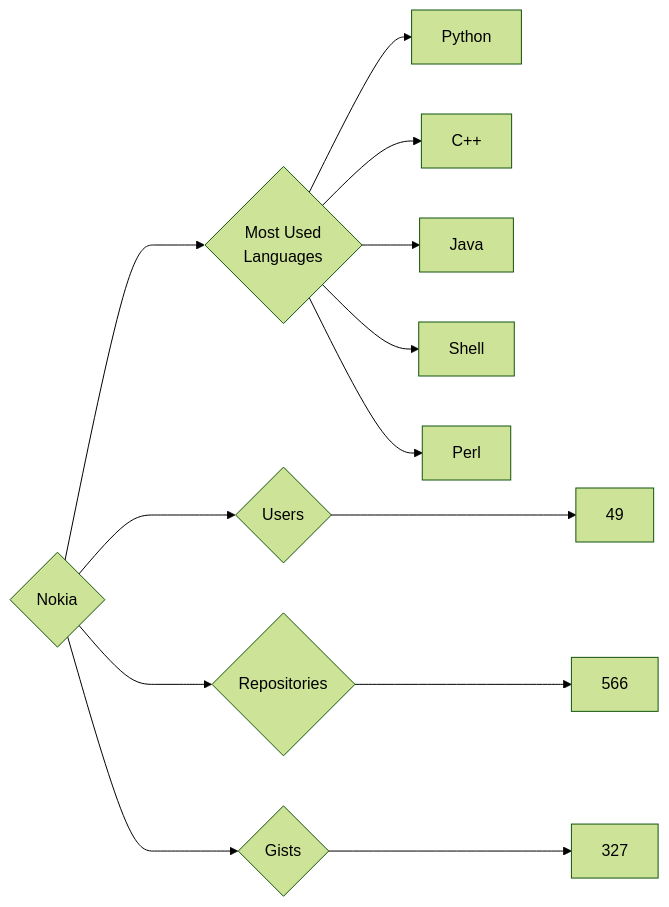
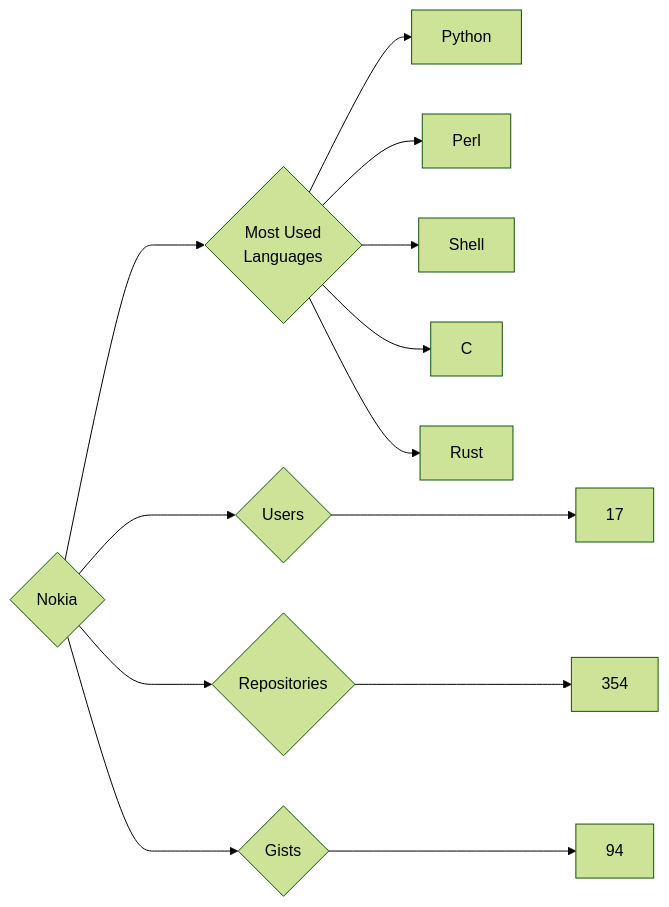
One commit to trickest/insiders changed the diagram in targets/Nokia/README.md. Above: the diagram before and after it, drawn with Mermaid (forest theme). The commit also changed 1011 other files, not shown here.

````diff
--- a/targets/Nokia/README.md
+++ b/targets/Nokia/README.md
@@ -3,13 +3,13 @@
 ```mermaid
 graph LR
 COMPANY_NAME{Nokia}
-COMPANY_NAME ---> U{Users} ---> UN[49]
-COMPANY_NAME ---> R{Repositories} ---> RN[566]
-COMPANY_NAME ---> G{Gists} ---> GN[327]
+COMPANY_NAME ---> U{Users} ---> UN[17]
+COMPANY_NAME ---> R{Repositories} ---> RN[354]
+COMPANY_NAME ---> G{Gists} ---> GN[94]
 COMPANY_NAME ---> ML{Most Used<br>Languages}
 ML --> Python[Python]
-ML --> C++[C++]
-ML --> Java[Java]
+ML --> Perl[Perl]
 ML --> Shell[Shell]
-ML --> Perl[Perl]
+ML --> C[C]
+ML --> Rust[Rust]
 ```
````
